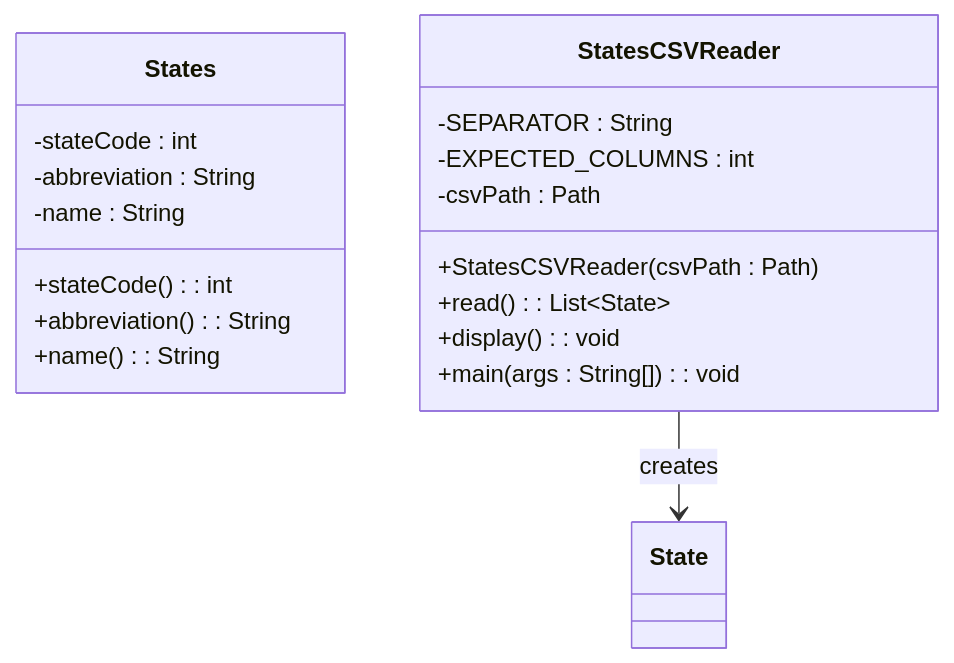
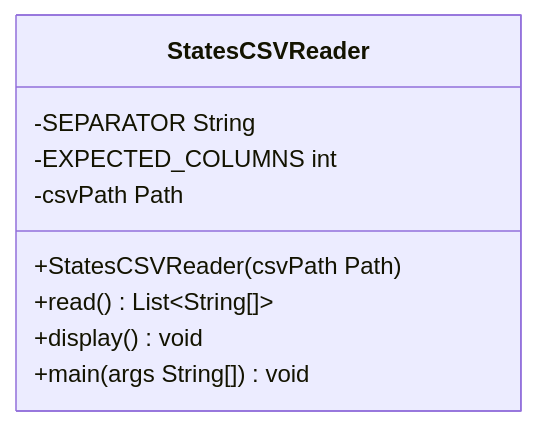
The diagram in StatesCSVReader/states-csv-reader-class.uml.mermaid (RenatoGarciaLopes/JavaIradoNoTxt), drawn with Mermaid before and after one commit. The commit also changed 13 other files, not shown here.

Commit message:
refactor: update UML diagrams and method signatures for ClientRegistration and ClientReport to enhance clarity and consistency

```diff
--- a/StatesCSVReader/states-csv-reader-class.uml.mermaid
+++ b/StatesCSVReader/states-csv-reader-class.uml.mermaid
@@ -1,19 +1,10 @@
 classDiagram
-class States {
-    -stateCode : int
-    -abbreviation : String
-    -name : String
-    +stateCode() : int
-    +abbreviation() : String
-    +name() : String
-}
-class StatesCSVReader {
-    -SEPARATOR : String
-    -EXPECTED_COLUMNS : int
-    -csvPath : Path
-    +StatesCSVReader(csvPath : Path)
-    +read() : List~State~
-    +display() : void
-    +main(args : String[]) : void
-}
-StatesCSVReader --> State : creates
+    class StatesCSVReader {
+        -SEPARATOR String
+        -EXPECTED_COLUMNS int
+        -csvPath Path
+        +StatesCSVReader(csvPath Path)
+        +read() List~String[]~
+        +display() void
+        +main(args String[]) void
+    }
```
